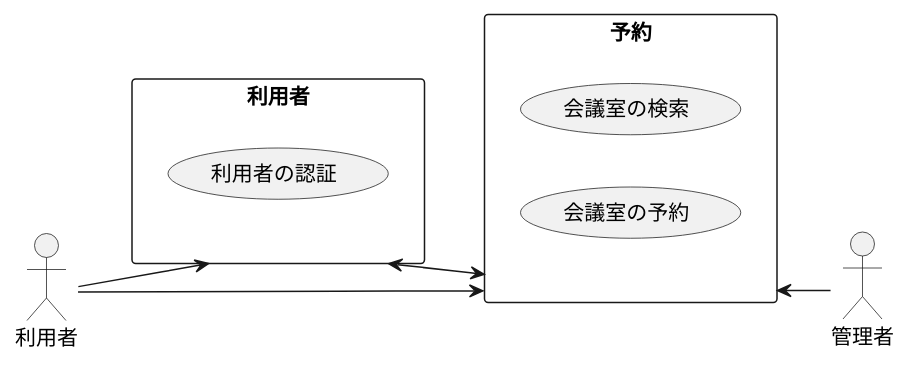
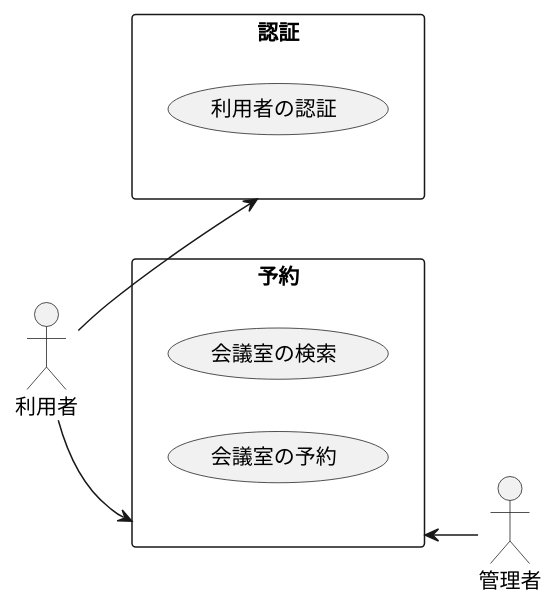
Before and after one commit to k2works/case-study-mrs: diagram 17 of 19 in docs/index.adoc, drawn with PlantUML. The commit also changed other lines of this file and 21 other files, not shown here.

```diff
--- a/docs/index.adoc
+++ b/docs/index.adoc
@@ -561,21 +561,20 @@
 [plantuml]
 ----
 @startuml
 left to right direction
 actor "利用者" as user
 actor "管理者" as admin
 
-rectangle 利用者 {
+rectangle 認証 {
   usecase "利用者の認証" as UC1
 }
 
 rectangle 予約 {
   usecase "会議室の検索" as UC2
   usecase "会議室の予約" as UC3
 }
-利用者 <--> 予約
-user --> 利用者
+user --> 認証
 user --> 予約
 予約 <-- admin
 @enduml
 ----
```
